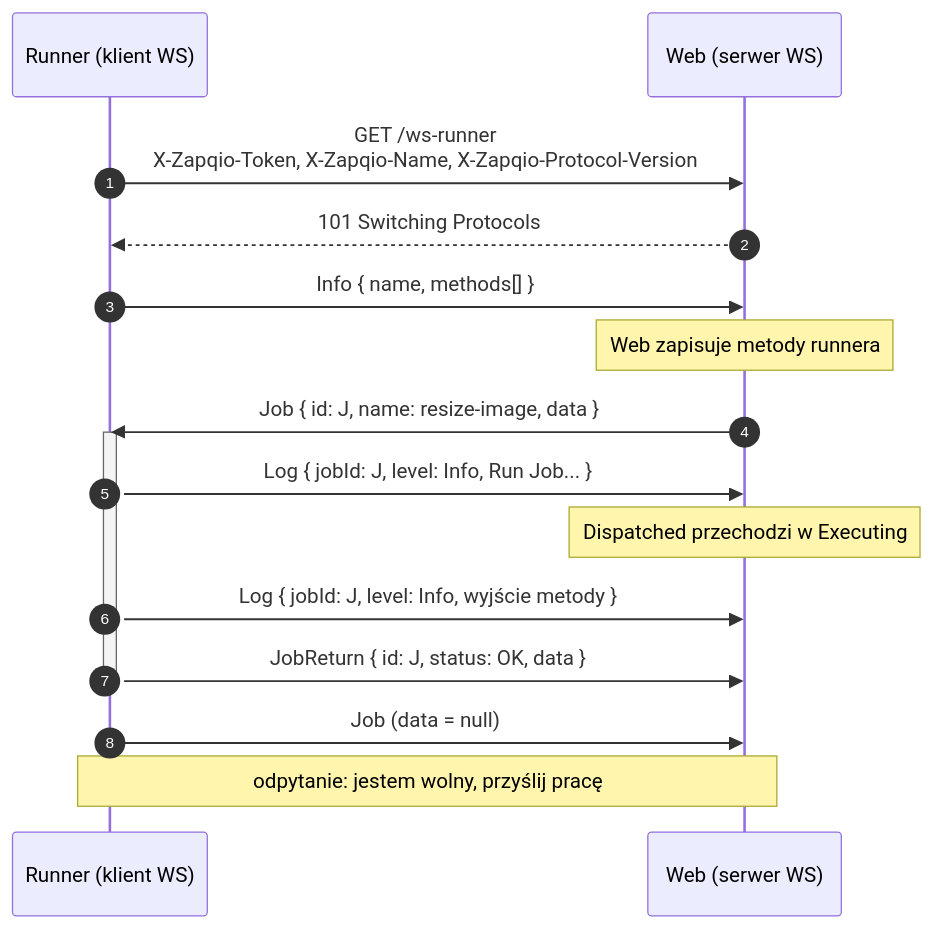
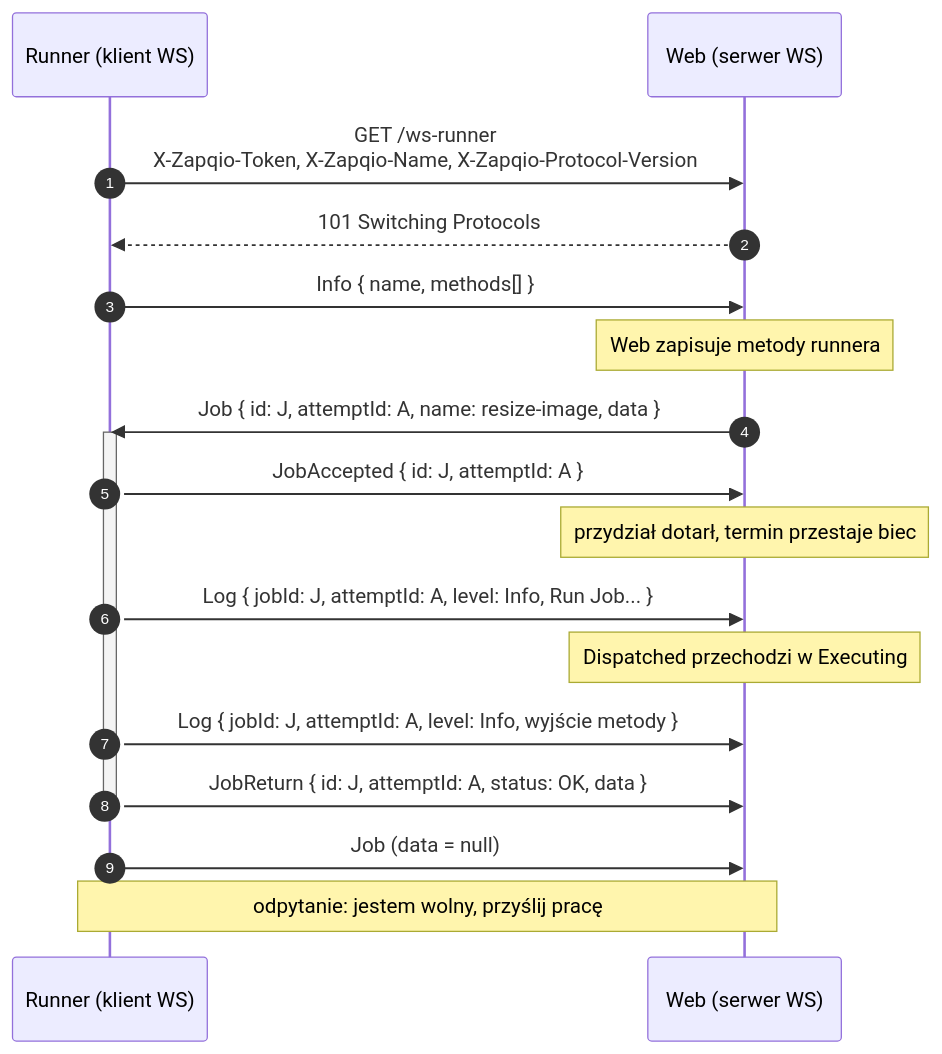
One commit to zapqio/protocol changed the third of 3 diagrams in PROTOCOL.md. Above: the diagram before and after it, drawn with Mermaid. The commit also changed other lines of this file and 8 other files, not shown here.

First line of the commit message:
v2: attempt ids, JobAccepted and an acknowledgement deadline

````diff
--- a/PROTOCOL.md
+++ b/PROTOCOL.md
@@ -314,21 +382,23 @@
 ```mermaid
 sequenceDiagram
     autonumber
     participant R as Runner (klient WS)
     participant W as Web (serwer WS)
 
     R->>W: GET /ws-runner<br/>X-Zapqio-Token, X-Zapqio-Name, X-Zapqio-Protocol-Version
     W-->>R: 101 Switching Protocols
     R->>W: Info { name, methods[] }
     Note over W: Web zapisuje metody runnera
 
-    W->>R: Job { id: J, name: resize-image, data }
+    W->>R: Job { id: J, attemptId: A, name: resize-image, data }
     activate R
-    R->>W: Log { jobId: J, level: Info, Run Job... }
+    R->>W: JobAccepted { id: J, attemptId: A }
+    Note over W: przydział dotarł, termin przestaje biec
+    R->>W: Log { jobId: J, attemptId: A, level: Info, Run Job... }
     Note over W: Dispatched przechodzi w Executing
-    R->>W: Log { jobId: J, level: Info, wyjście metody }
-    R->>W: JobReturn { id: J, status: OK, data }
+    R->>W: Log { jobId: J, attemptId: A, level: Info, wyjście metody }
+    R->>W: JobReturn { id: J, attemptId: A, status: OK, data }
     deactivate R
     R->>W: Job (data = null)
     Note over R,W: odpytanie: jestem wolny, przyślij pracę
 ```
````
